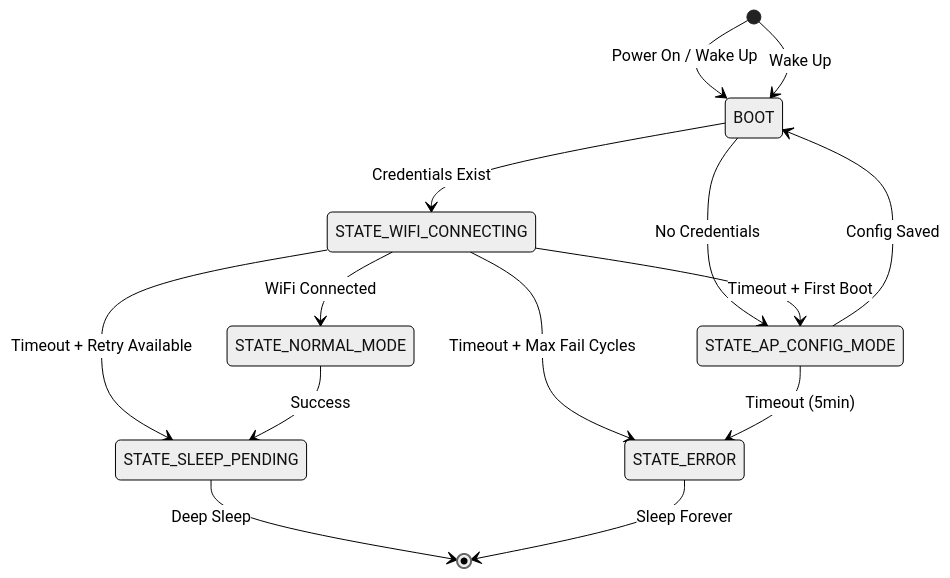
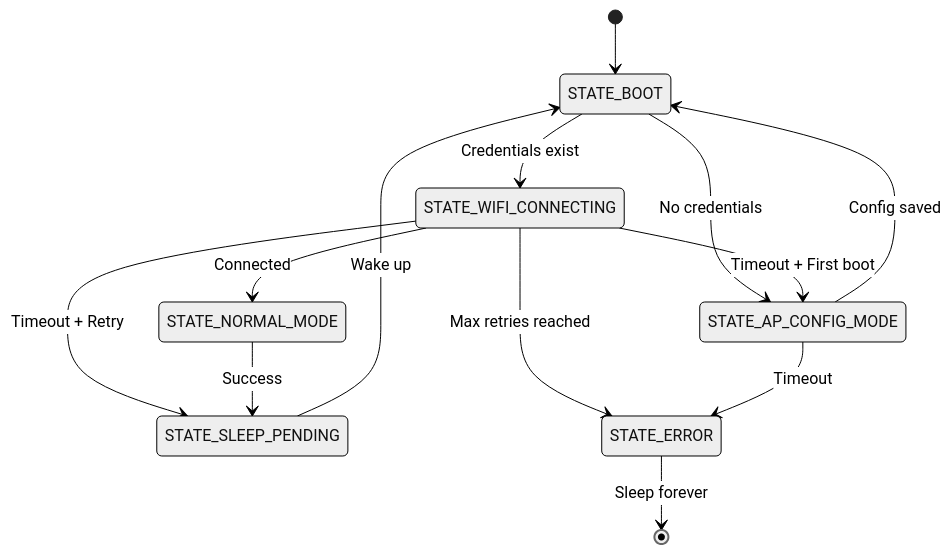
Before and after one commit to maurokenny/esp32-WeatherPortal-EPD: the diagram in README.md, drawn with Mermaid (neutral theme). The commit also changed other lines of this file, not shown here.

````diff
--- a/README.md
+++ b/README.md
@@ -14,22 +55,15 @@
 ```mermaid
 stateDiagram-v2
-  [*] --> BOOT : Power On / Wake Up
-
-  BOOT --> STATE_WIFI_CONNECTING : Credentials Exist
-  BOOT --> STATE_AP_CONFIG_MODE : No Credentials
-
-  STATE_WIFI_CONNECTING --> STATE_NORMAL_MODE : WiFi Connected
-  STATE_WIFI_CONNECTING --> STATE_AP_CONFIG_MODE : Timeout + First Boot
-  STATE_WIFI_CONNECTING --> STATE_SLEEP_PENDING : Timeout + Retry Available
-  STATE_WIFI_CONNECTING --> STATE_ERROR : Timeout + Max Fail Cycles
-
+  [*] --> STATE_BOOT
+  STATE_BOOT --> STATE_WIFI_CONNECTING : Credentials exist
+  STATE_BOOT --> STATE_AP_CONFIG_MODE : No credentials
+  STATE_WIFI_CONNECTING --> STATE_NORMAL_MODE : Connected
+  STATE_WIFI_CONNECTING --> STATE_AP_CONFIG_MODE : Timeout + First boot
+  STATE_WIFI_CONNECTING --> STATE_SLEEP_PENDING : Timeout + Retry
+  STATE_WIFI_CONNECTING --> STATE_ERROR : Max retries reached
   STATE_NORMAL_MODE --> STATE_SLEEP_PENDING : Success
-
-  STATE_SLEEP_PENDING --> [*] : Deep Sleep
-  [*] --> BOOT : Wake Up
-
-  STATE_AP_CONFIG_MODE --> BOOT : Config Saved
-  STATE_AP_CONFIG_MODE --> STATE_ERROR : Timeout (5min)
-
-  STATE_ERROR --> [*] : Sleep Forever
+  STATE_SLEEP_PENDING --> STATE_BOOT : Wake up
+  STATE_AP_CONFIG_MODE --> STATE_BOOT : Config saved
+  STATE_AP_CONFIG_MODE --> STATE_ERROR : Timeout
+  STATE_ERROR --> [*] : Sleep forever
 ```
````
